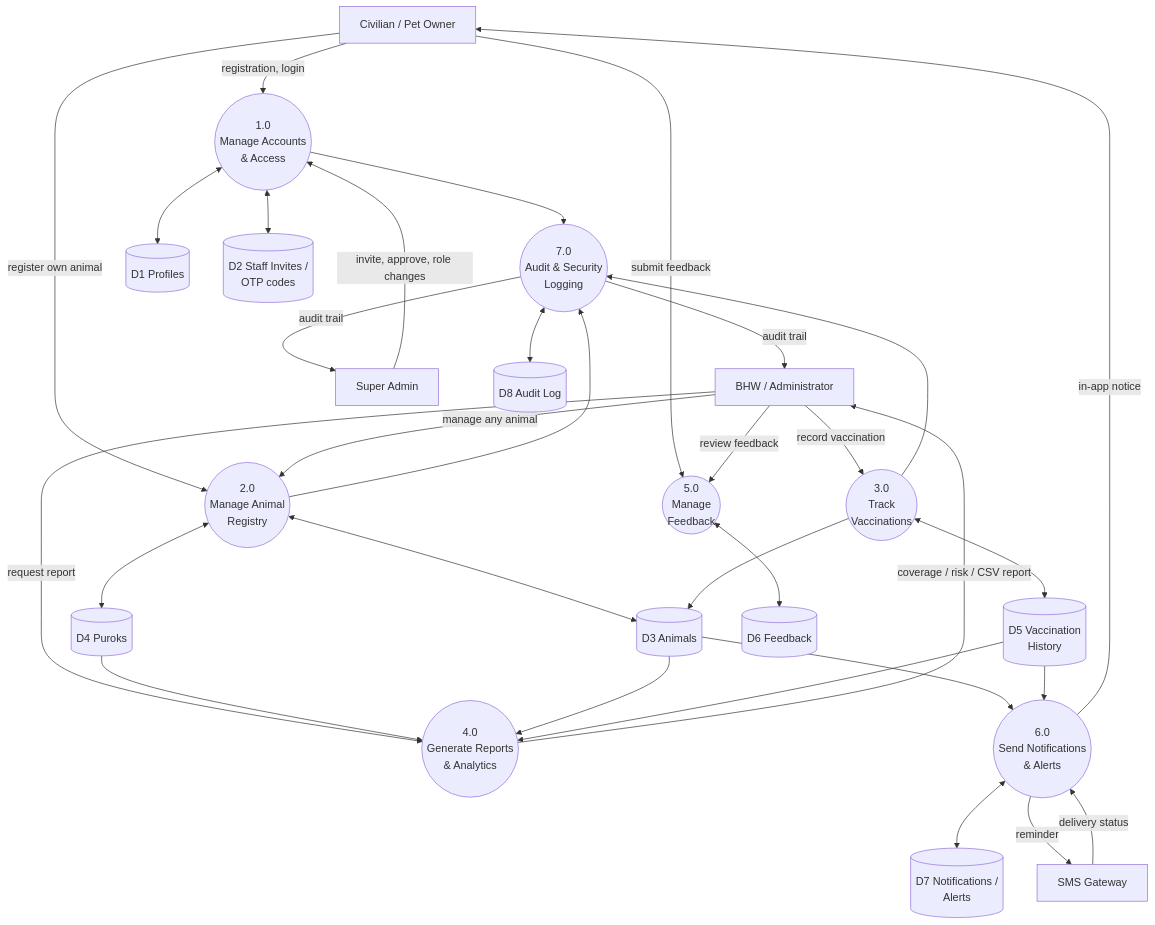
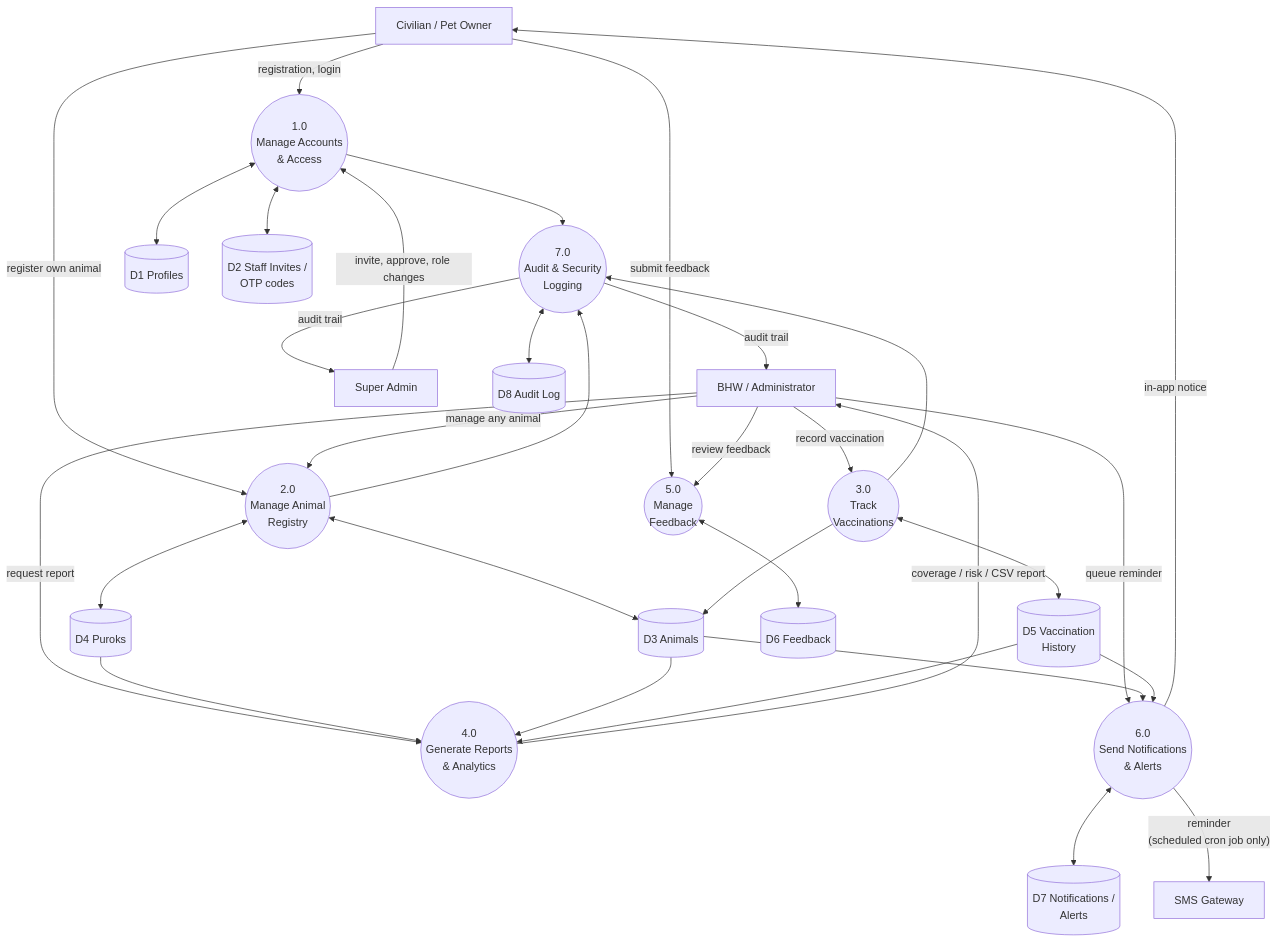
The seventh of 8 diagrams in DIAGRAMS.md (kiniakoangaccount/vaccitrack-capstone), drawn with Mermaid before and after one commit. The commit also changed other lines of this file and 11 other files, not shown here.

````diff
--- a/DIAGRAMS.md
+++ b/DIAGRAMS.md
@@ -219,62 +240,62 @@
 ```mermaid
 flowchart TB
   CIV["Civilian / Pet Owner"]
   STAFF["BHW / Administrator"]
   SUPER["Super Admin"]
   SMSGW["SMS Gateway"]
 
   P1(("1.0<br/>Manage Accounts<br/>& Access"))
   P2(("2.0<br/>Manage Animal<br/>Registry"))
   P3(("3.0<br/>Track<br/>Vaccinations"))
   P4(("4.0<br/>Generate Reports<br/>& Analytics"))
   P5(("5.0<br/>Manage<br/>Feedback"))
   P6(("6.0<br/>Send Notifications<br/>& Alerts"))
   P7(("7.0<br/>Audit & Security<br/>Logging"))
 
   D1[("D1  Profiles")]
   D2[("D2  Staff Invites /<br/>OTP codes")]
   D4[("D4  Puroks")]
   D3[("D3  Animals")]
   D5[("D5  Vaccination<br/>History")]
   D6[("D6  Feedback")]
   D7[("D7  Notifications /<br/>Alerts")]
   D8[("D8  Audit Log")]
 
   CIV -- "registration, login" --> P1
   SUPER -- "invite, approve, role changes" --> P1
   P1 <--> D1
   P1 <--> D2
 
   CIV -- "register own animal" --> P2
   STAFF -- "manage any animal" --> P2
   P2 <--> D4
   P2 <--> D3
 
   STAFF -- "record vaccination" --> P3
   P3 --> D3
   P3 <--> D5
 
   STAFF -- "request report" --> P4
   P4 -- "coverage / risk / CSV report" --> STAFF
   D4 --> P4
   D3 --> P4
   D5 --> P4
 
   CIV -- "submit feedback" --> P5
   STAFF -- "review feedback" --> P5
   P5 <--> D6
 
+  STAFF -- "queue reminder" --> P6
   D3 --> P6
   D5 --> P6
   P6 <--> D7
-  P6 -- "reminder" --> SMSGW
-  SMSGW -- "delivery status" --> P6
   P6 -- "in-app notice" --> CIV
+  P6 -- "reminder<br/>(scheduled cron job only)" --> SMSGW
 
   P1 --> P7
   P2 --> P7
   P3 --> P7
   P7 <--> D8
   P7 -- "audit trail" --> SUPER
   P7 -- "audit trail" --> STAFF
 ```
````
